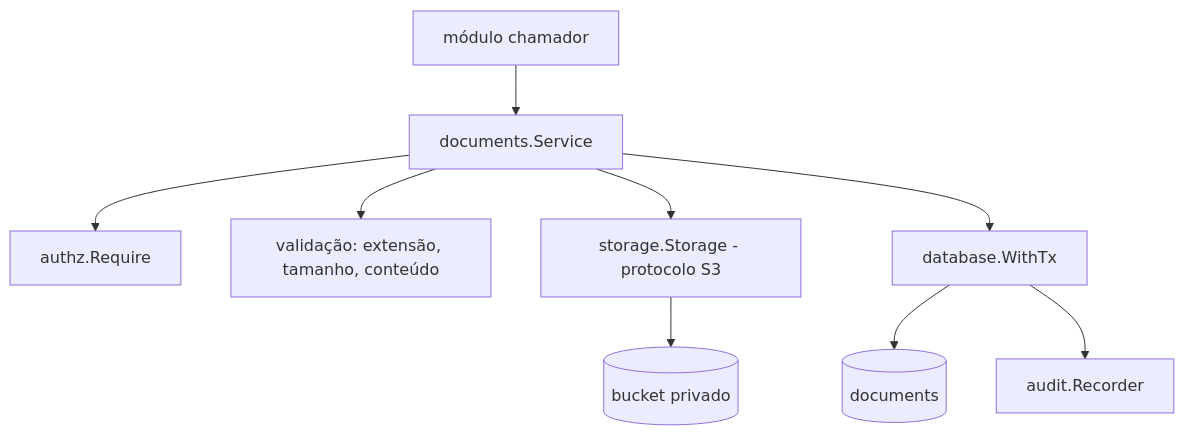
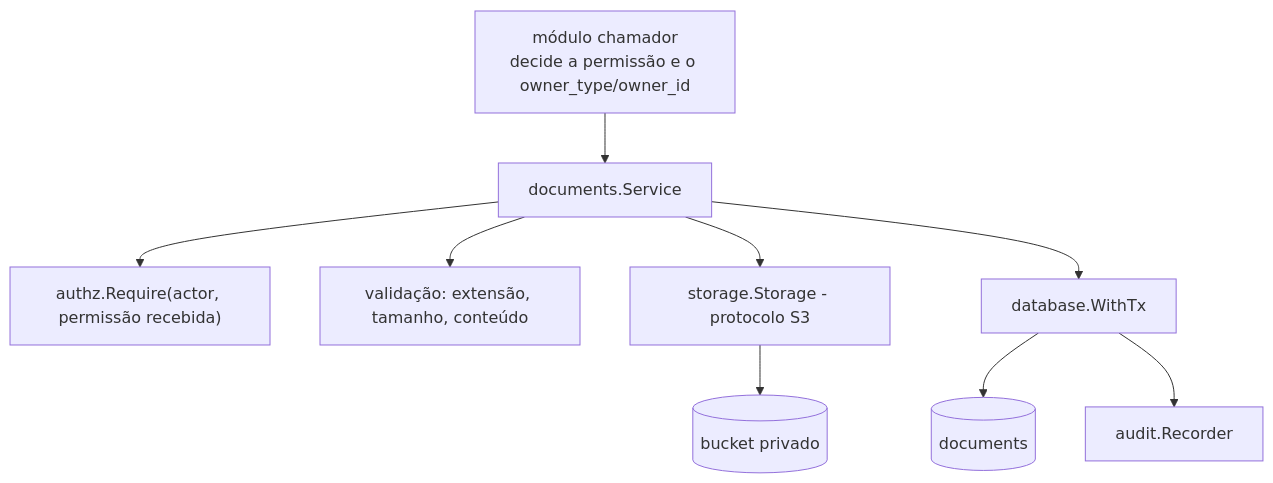
Before and after one commit to antoniobt12062002/torcida-jovem-platform: the diagram in .specs/features/fundacao-documentos/design.md, drawn with Mermaid. The commit also changed other lines of this file and 21 other files, not shown here.

````diff
--- a/.specs/features/fundacao-documentos/design.md
+++ b/.specs/features/fundacao-documentos/design.md
@@ -14,11 +14,11 @@
 ```mermaid
 graph TD
-    UC[módulo chamador] --> SVC[documents.Service]
-    SVC --> AZ[authz.Require]
+    UC[módulo chamador<br/>decide a permissão e o owner_type/owner_id] --> SVC[documents.Service]
+    SVC --> AZ["authz.Require(actor, permissão recebida)"]
     SVC --> VAL[validação: extensão, tamanho, conteúdo]
     SVC --> ST[storage.Storage - protocolo S3]
     SVC --> TX[database.WithTx]
     TX --> META[(documents)]
     TX --> AUD[audit.Recorder]
     ST --> S3[(bucket privado)]
 ```
````
